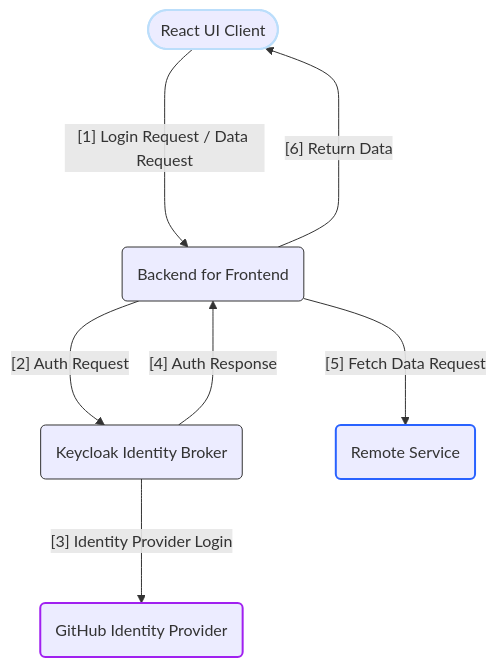
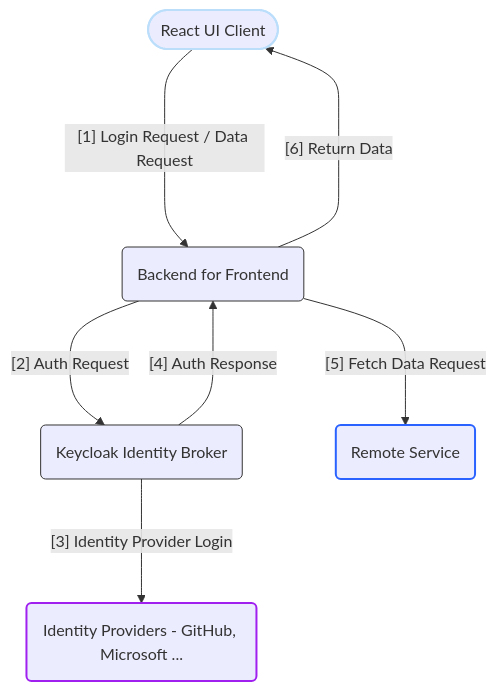
The diagram in _posts/2024-09-26-cloud-native-spring-with-spa-and-key-cloak.md (CynicDog/CynicDog.github.io), drawn with Mermaid before and after one commit.

````diff
--- a/_posts/2024-09-26-cloud-native-spring-with-spa-and-key-cloak.md
+++ b/_posts/2024-09-26-cloud-native-spring-with-spa-and-key-cloak.md
@@ -22,21 +22,21 @@
 ```mermaid 
 flowchart TD
     A([React UI Client]) ----> |"[1] Login Request / Data Request"| B(Backend for Frontend)
     B ---> |"[2] Auth Request"| C(Keycloak Identity Broker)
-    C ---> |"[3] Identity Provider Login"| D(GitHub Identity Provider)
+    C ---> |"[3] Identity Provider Login"| D(Identity Providers - GitHub, Microsoft ...)
     C --> |"[4] Auth Response"| B
     B ---> |"[5] Fetch Data Request"| E(Remote Service)
     B --> |"[6] Return Data"| A
 
     classDef container stroke:#333,stroke-width:1px;
     class B,C,E container;
 
     classDef react stroke:#BBDEFB,stroke-width:2px;
     class A react
 
     classDef service stroke:#A020F0,stroke-width:2px;
     class D service
 
     classDef remote stroke:#2962FF,stroke-width:2px;
     class E remote
 ```
````
